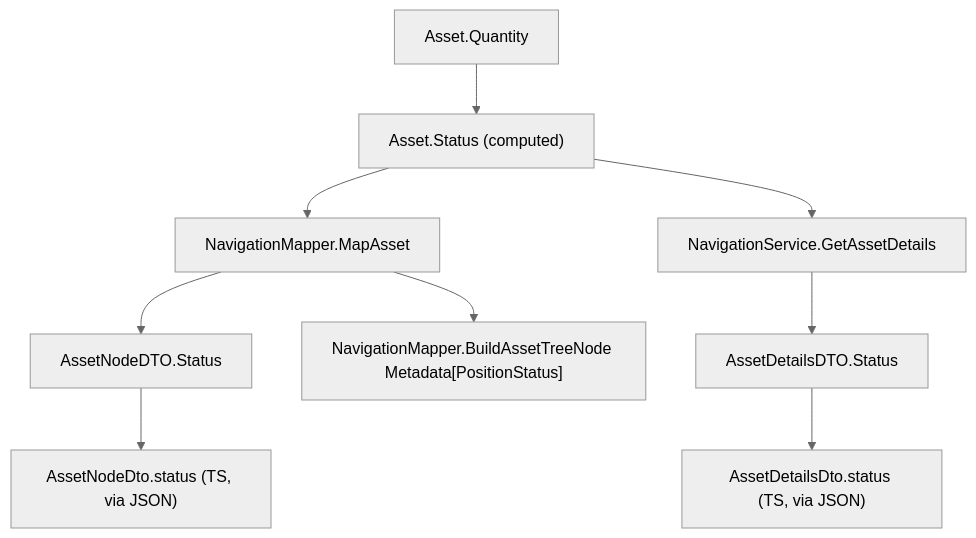
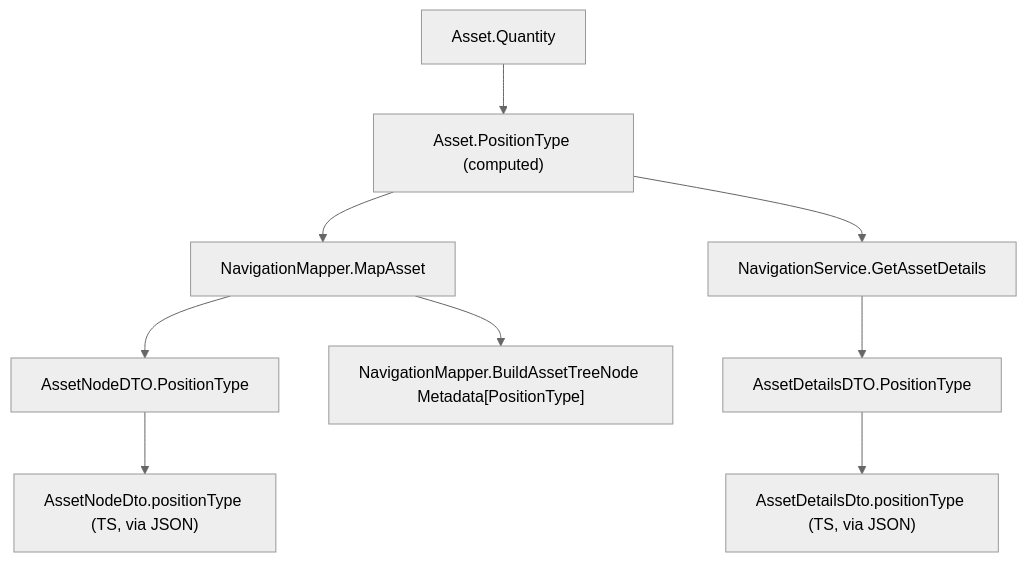
One commit to ggibellato/Financial changed the diagram in docs/P10-F01-position-status-domain-model/spec.md. Above: the diagram before and after it, drawn with Mermaid (neutral theme). The commit also changed other lines of this file and 15 other files, not shown here.

First line of the commit message:
refactor(P10-F01): rename Status to PositionType (industry terminology)

````diff
--- a/docs/P10-F01-position-status-domain-model/spec.md
+++ b/docs/P10-F01-position-status-domain-model/spec.md
@@ -28,11 +29,11 @@
 ```mermaid
 graph TD
-    A["Asset.Quantity"] --> B["Asset.Status (computed)"]
+    A["Asset.Quantity"] --> B["Asset.PositionType (computed)"]
     B --> C["NavigationMapper.MapAsset"]
     B --> D["NavigationService.GetAssetDetails"]
-    C --> E["AssetNodeDTO.Status"]
-    C --> F["NavigationMapper.BuildAssetTreeNode Metadata[PositionStatus]"]
-    D --> G["AssetDetailsDTO.Status"]
-    E --> H["AssetNodeDto.status (TS, via JSON)"]
-    G --> I["AssetDetailsDto.status (TS, via JSON)"]
+    C --> E["AssetNodeDTO.PositionType"]
+    C --> F["NavigationMapper.BuildAssetTreeNode Metadata[PositionType]"]
+    D --> G["AssetDetailsDTO.PositionType"]
+    E --> H["AssetNodeDto.positionType (TS, via JSON)"]
+    G --> I["AssetDetailsDto.positionType (TS, via JSON)"]
 ```
````
